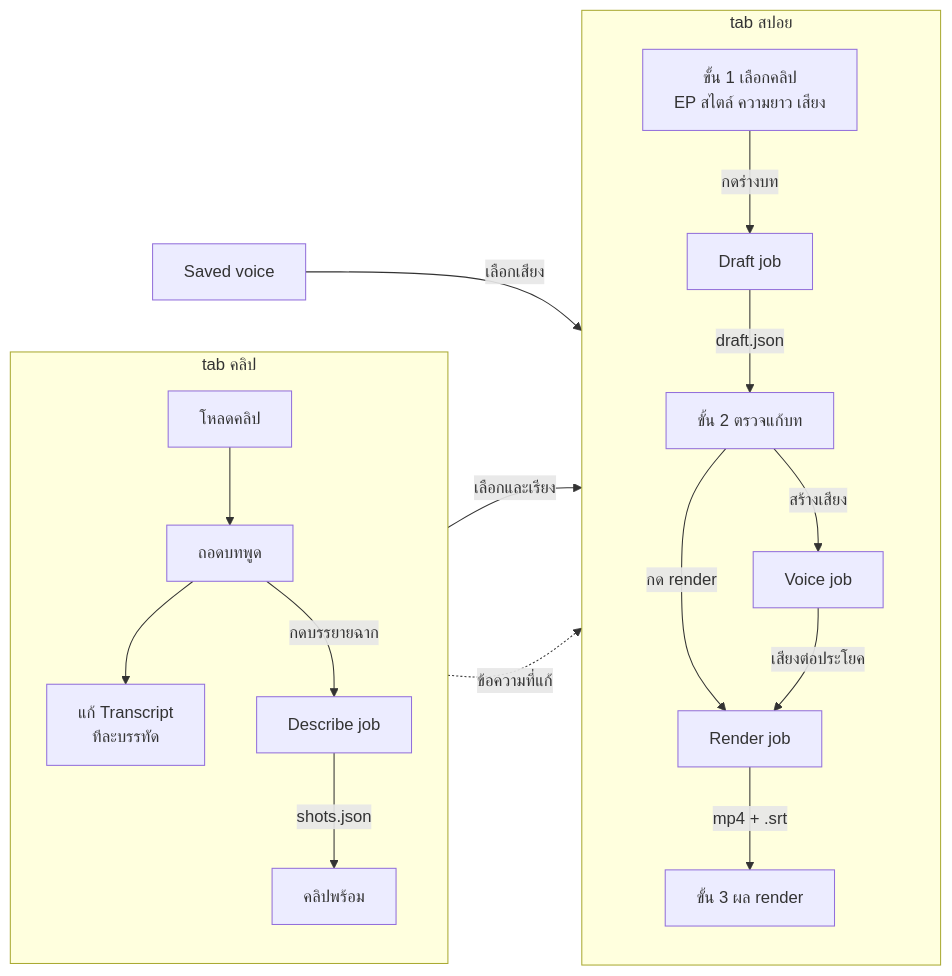
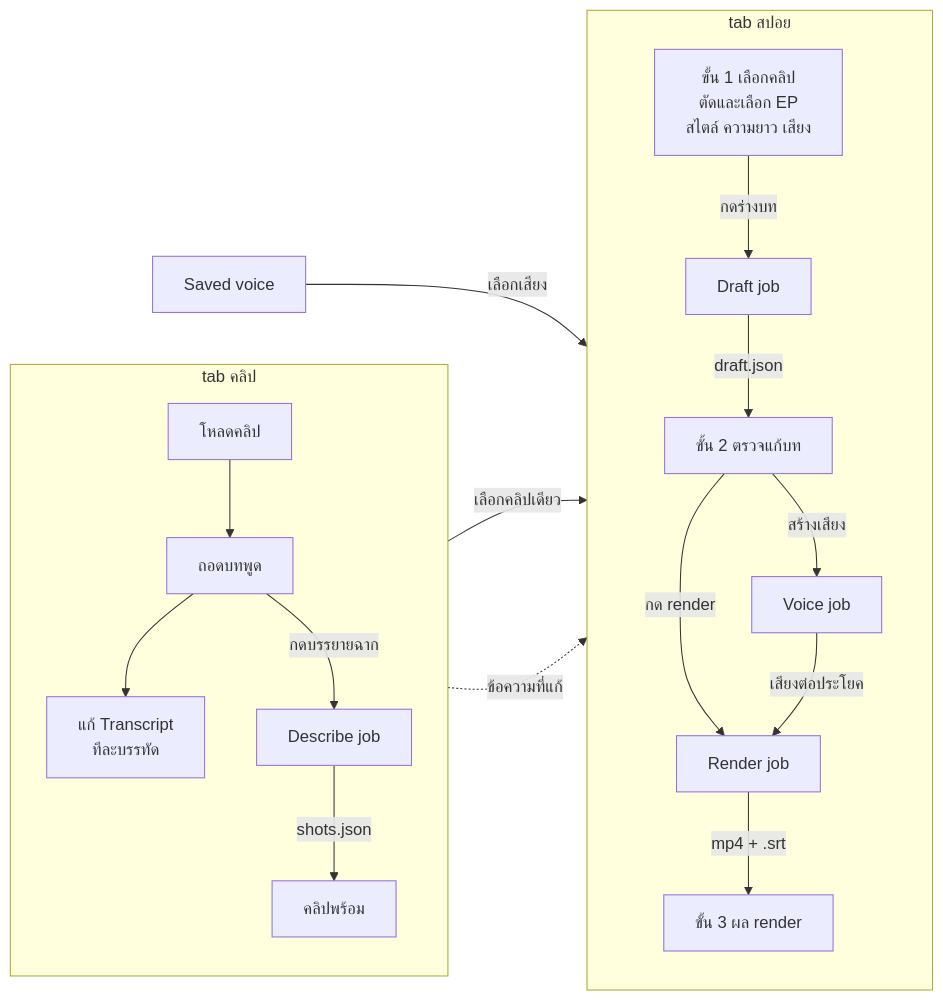
Before and after one commit to mousemouse094526/framecraft: the first of 5 diagrams in docs/features/spoil-maker/flow.md, drawn with Mermaid. The commit also changed other lines of this file and 9 other files, not shown here.

````diff
--- a/docs/features/spoil-maker/flow.md
+++ b/docs/features/spoil-maker/flow.md
@@ -14,22 +14,22 @@
 ```mermaid
 flowchart LR
     subgraph clips["tab คลิป"]
         direction TB
         dl["โหลดคลิป"] --> tr["ถอดบทพูด"]
         tr --> edit["แก้ Transcript<br/>ทีละบรรทัด"]
         tr -->|กดบรรยายฉาก| describe["Describe job"]
         describe -->|shots.json| ready["คลิปพร้อม"]
     end
     subgraph spoil["tab สปอย"]
         direction TB
-        setup["ขั้น 1 เลือกคลิป<br/>EP สไตล์ ความยาว เสียง"] -->|กดร่างบท| draftjob["Draft job"]
+        setup["ขั้น 1 เลือกคลิป<br/>ตัดและเลือก EP<br/>สไตล์ ความยาว เสียง"] -->|กดร่างบท| draftjob["Draft job"]
         draftjob -->|draft.json| review["ขั้น 2 ตรวจแก้บท"]
         review -->|สร้างเสียง| voicejob["Voice job"]
         review -->|กด render| render["Render job"]
         voicejob -->|เสียงต่อประโยค| render
         render -->|mp4 + .srt| renders["ขั้น 3 ผล render"]
     end
-    ready -->|เลือกและเรียง| setup
+    ready -->|เลือกคลิปเดียว| setup
     edit -.->|ข้อความที่แก้| setup
     voice["Saved voice"] -->|เลือกเสียง| setup
 ```
````
